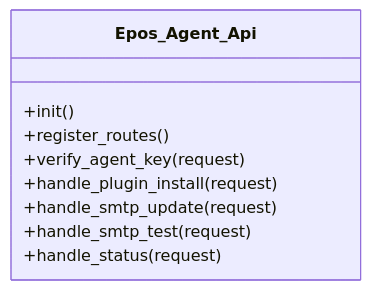
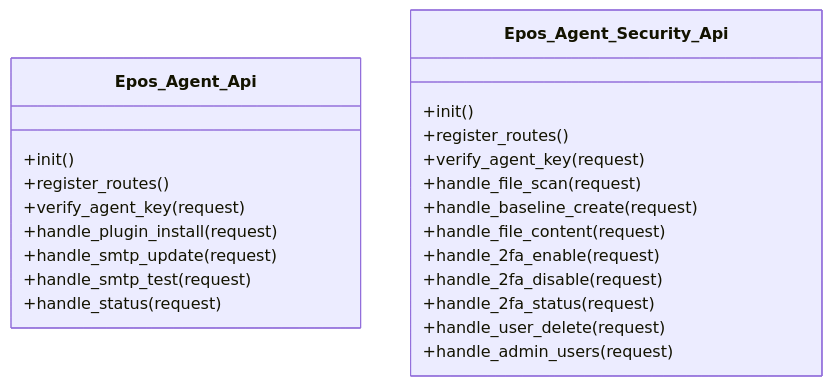
One commit to FCS-WP/website_portal changed the third of 18 diagrams in .qoder/repowiki/en/content/WordPress Agent Integration/WordPress Agent Integration.md. Above: the diagram before and after it, drawn with Mermaid. The commit also changed other lines of this file and 37 other files, not shown here.

````diff
--- a/.qoder/repowiki/en/content/WordPress Agent Integration/WordPress Agent Integration.md
+++ b/.qoder/repowiki/en/content/WordPress Agent Integration/WordPress Agent Integration.md
@@ -179,12 +247,25 @@
 ```mermaid
 classDiagram
 class Epos_Agent_Api {
 +init()
 +register_routes()
 +verify_agent_key(request)
 +handle_plugin_install(request)
 +handle_smtp_update(request)
 +handle_smtp_test(request)
 +handle_status(request)
 }
+class Epos_Agent_Security_Api {
++init()
++register_routes()
++verify_agent_key(request)
++handle_file_scan(request)
++handle_baseline_create(request)
++handle_file_content(request)
++handle_2fa_enable(request)
++handle_2fa_disable(request)
++handle_2fa_status(request)
++handle_user_delete(request)
++handle_admin_users(request)
+}
 ```
````
